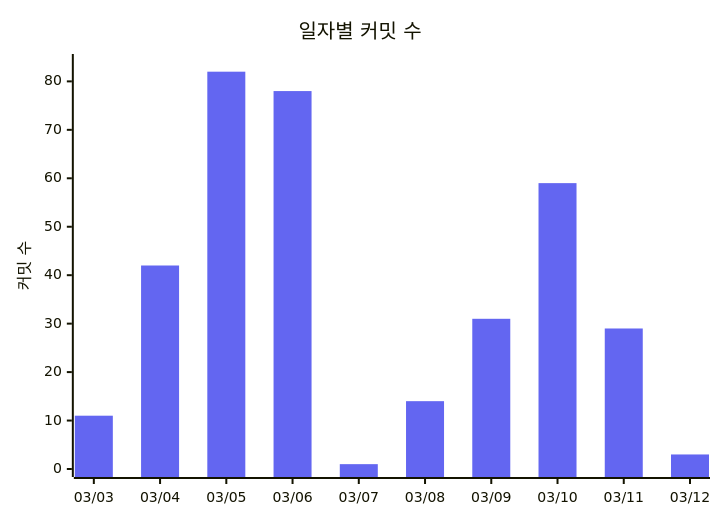
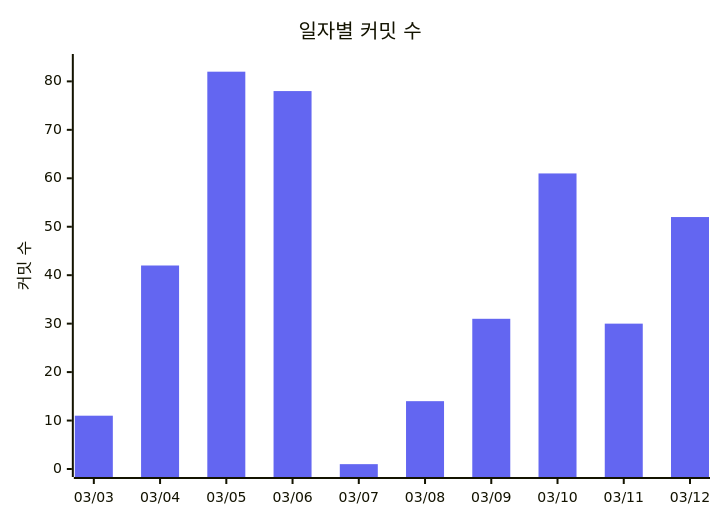
Before and after one commit to 3rd-project-team-1/ALYAC-market-team1: the fourth of 4 diagrams in README.md, drawn with Mermaid. The commit also changed other lines of this file, not shown here.

````diff
--- a/README.md
+++ b/README.md
@@ -455,12 +452,12 @@
 ```mermaid
 %%{init: { 'theme': 'base', 'themeVariables': {
   'xyChart': {
     'plotColorPalette': '#6366f1'
   }
 } } }%%
 xychart-beta
   title "일자별 커밋 수"
   x-axis ["03/03", "03/04", "03/05", "03/06", "03/07", "03/08", "03/09", "03/10", "03/11", "03/12"]
   y-axis "커밋 수" 0 --> 84
-  bar [11, 42, 82, 78, 1, 14, 31, 59, 29, 3]
+  bar [11, 42, 82, 78, 1, 14, 31, 61, 30, 52]
 ```
````
